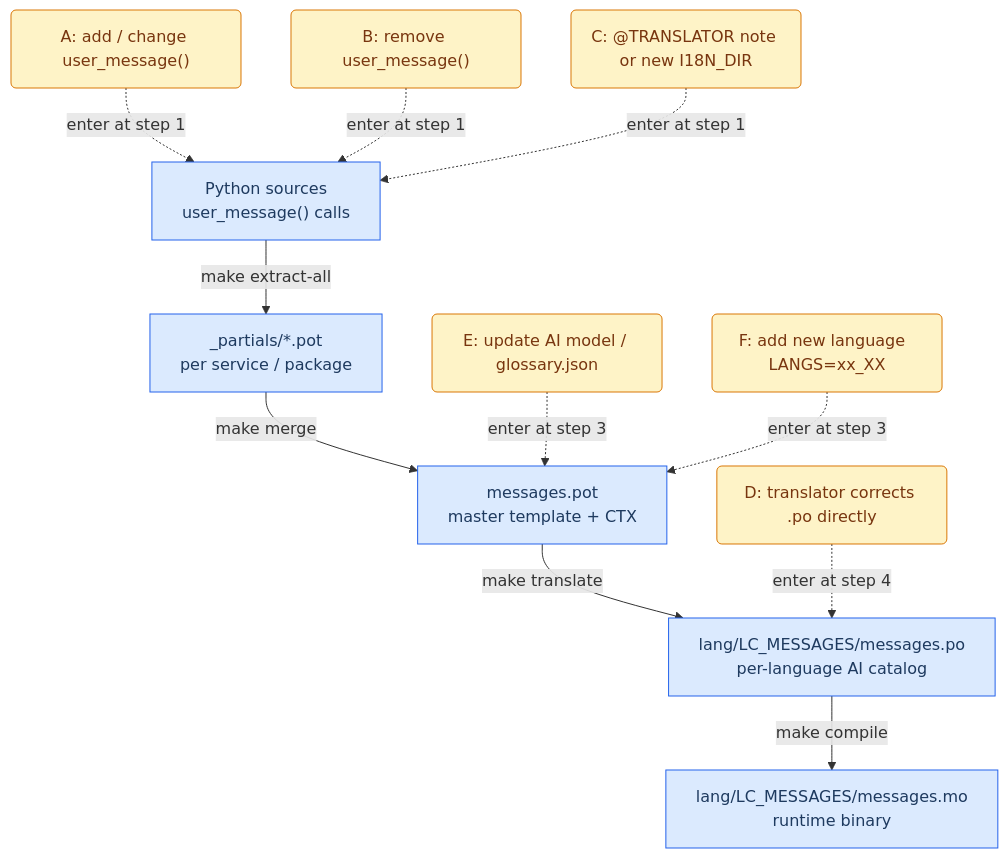
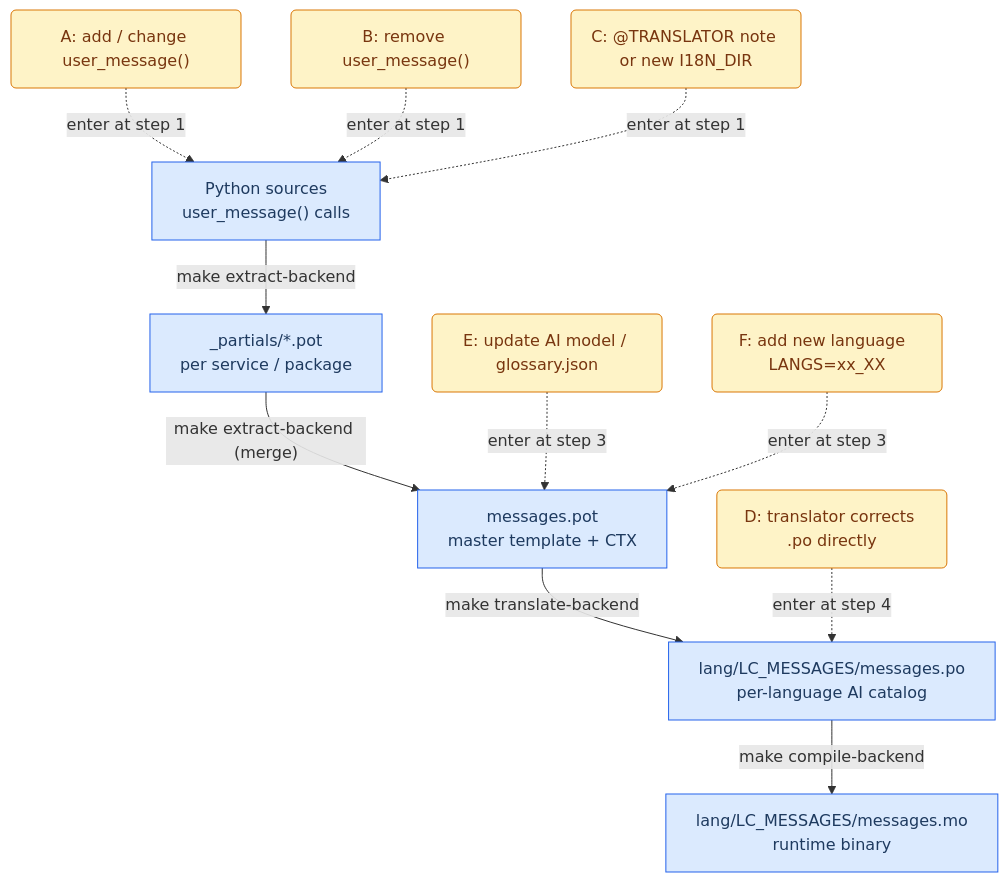
One commit to ITISFoundation/osparc-simcore changed the second of 3 diagrams in scripts/i18n/DESIGN.md. Above: the diagram before and after it, drawn with Mermaid. The commit also changed other lines of this file and 4 other files, not shown here.

````diff
--- a/scripts/i18n/DESIGN.md
+++ b/scripts/i18n/DESIGN.md
@@ -143,27 +146,27 @@
 ```mermaid
 flowchart TD
     classDef art fill:#dbeafe,stroke:#2563eb,color:#1e3a5f
     classDef trig fill:#fef3c7,stroke:#d97706,color:#78350f
 
     PY["Python sources\nuser_message() calls"]:::art
     PARTS["_partials/*.pot\nper service / package"]:::art
     POT["messages.pot\nmaster template + CTX"]:::art
     PO["lang/LC_MESSAGES/messages.po\nper-language AI catalog"]:::art
     MO["lang/LC_MESSAGES/messages.mo\nruntime binary"]:::art
 
     WA("A: add / change user_message()"):::trig
     WB("B: remove user_message()"):::trig
     WC("C: @TRANSLATOR note or new I18N_DIR"):::trig
     WD("D: translator corrects .po directly"):::trig
     WE("E: update AI model / glossary.json"):::trig
     WF("F: add new language  LANGS=xx_XX"):::trig
 
-    PY -->|"make extract-all"| PARTS
-    PARTS -->|"make merge"| POT
-    POT -->|"make translate"| PO
-    PO -->|"make compile"| MO
+    PY -->|"make extract-backend"| PARTS
+    PARTS -->|"make extract-backend (merge)"| POT
+    POT -->|"make translate-backend"| PO
+    PO -->|"make compile-backend"| MO
 
     WA & WB & WC -.->|"enter at step 1"| PY
     WE & WF -.->|"enter at step 3"| POT
     WD -.->|"enter at step 4"| PO
 ```
````
